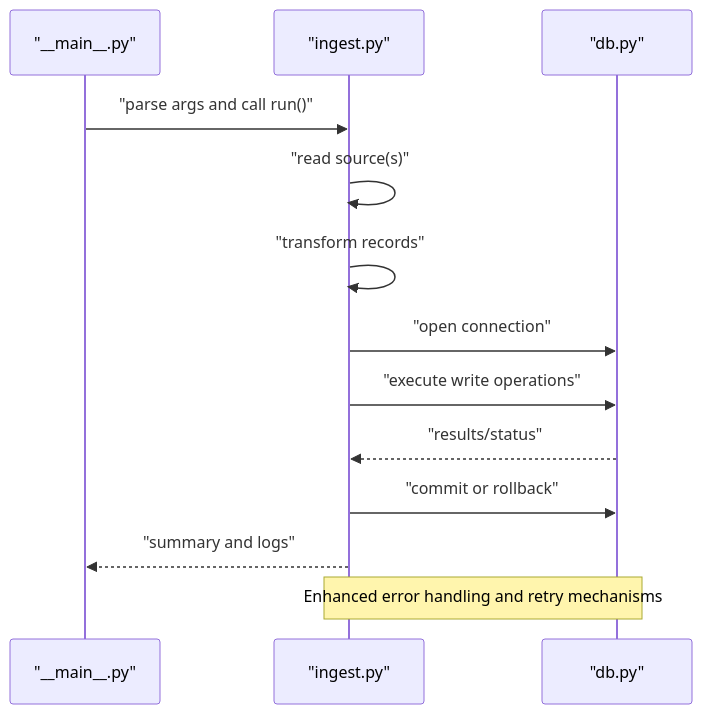
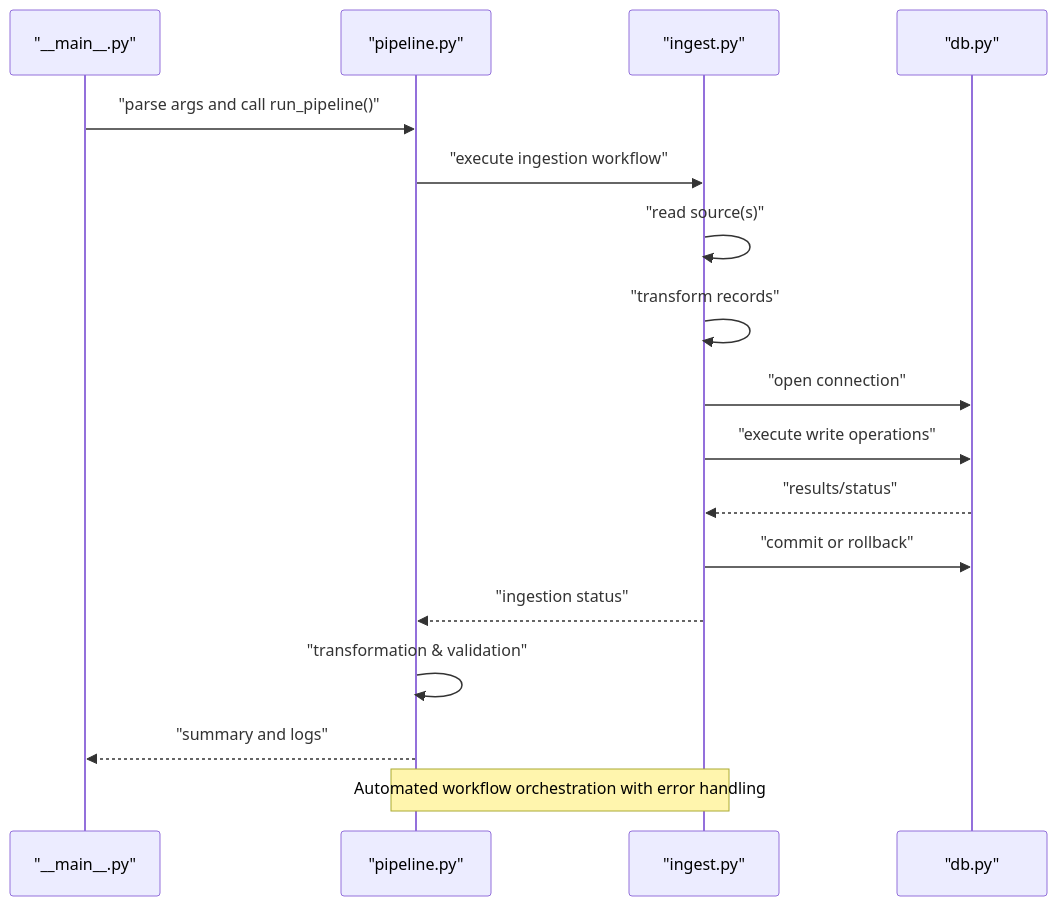
Before and after one commit to ZengSeng/telegram-bot: the second of 7 diagrams in .qoder/repowiki/en/content/Core Components/Data Engineering Module.md, drawn with Mermaid. The commit also changed other lines of this file and 10 other files, not shown here.

````diff
--- a/.qoder/repowiki/en/content/Core Components/Data Engineering Module.md
+++ b/.qoder/repowiki/en/content/Core Components/Data Engineering Module.md
@@ -96,15 +109,19 @@
 ```mermaid
 sequenceDiagram
 participant CLI as "__main__.py"
+participant Pipeline as "pipeline.py"
 participant Ingest as "ingest.py"
 participant DB as "db.py"
-CLI->>Ingest : "parse args and call run()"
+CLI->>Pipeline : "parse args and call run_pipeline()"
+Pipeline->>Ingest : "execute ingestion workflow"
 Ingest->>Ingest : "read source(s)"
 Ingest->>Ingest : "transform records"
 Ingest->>DB : "open connection"
 Ingest->>DB : "execute write operations"
 DB-->>Ingest : "results/status"
 Ingest->>DB : "commit or rollback"
-Ingest-->>CLI : "summary and logs"
-Note over Ingest,DB : Enhanced error handling and retry mechanisms
+Ingest-->>Pipeline : "ingestion status"
+Pipeline->>Pipeline : "transformation & validation"
+Pipeline-->>CLI : "summary and logs"
+Note over Pipeline,Ingest : Automated workflow orchestration with error handling
 ```
````
